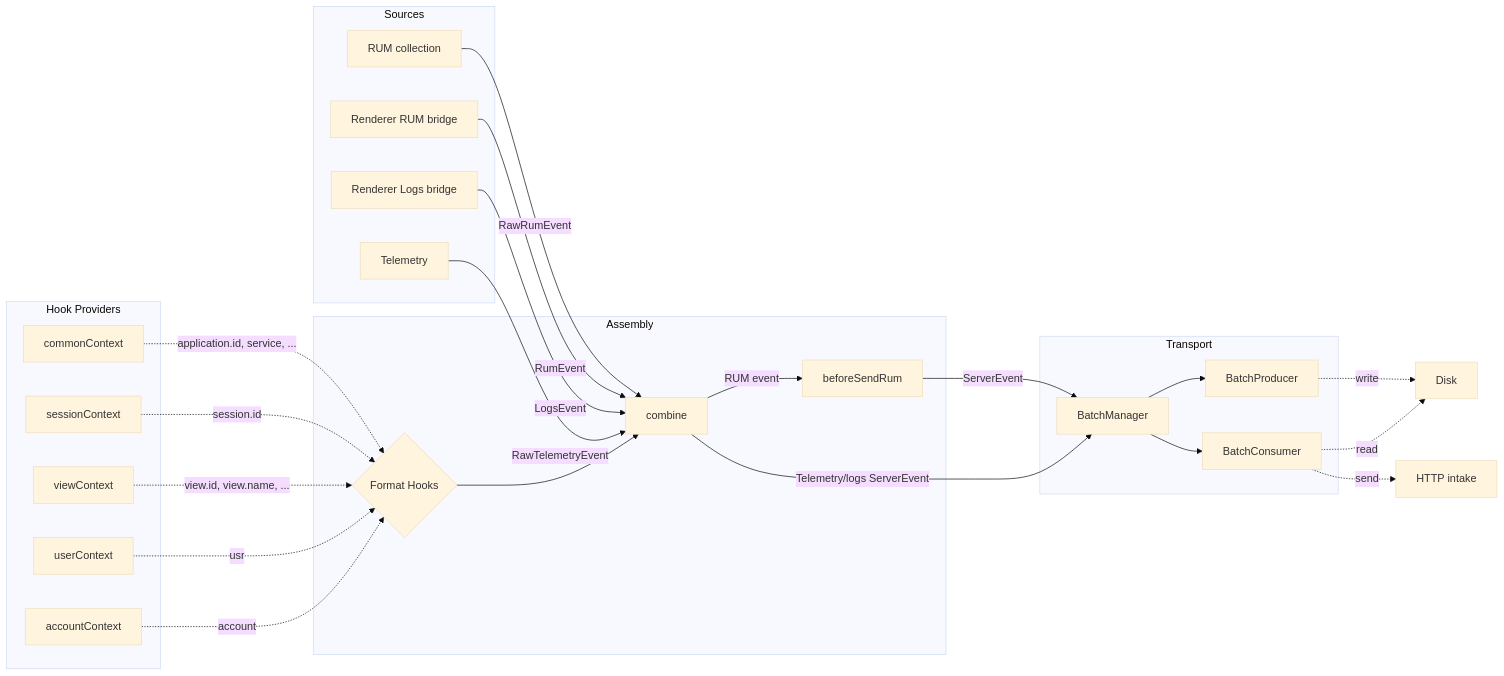
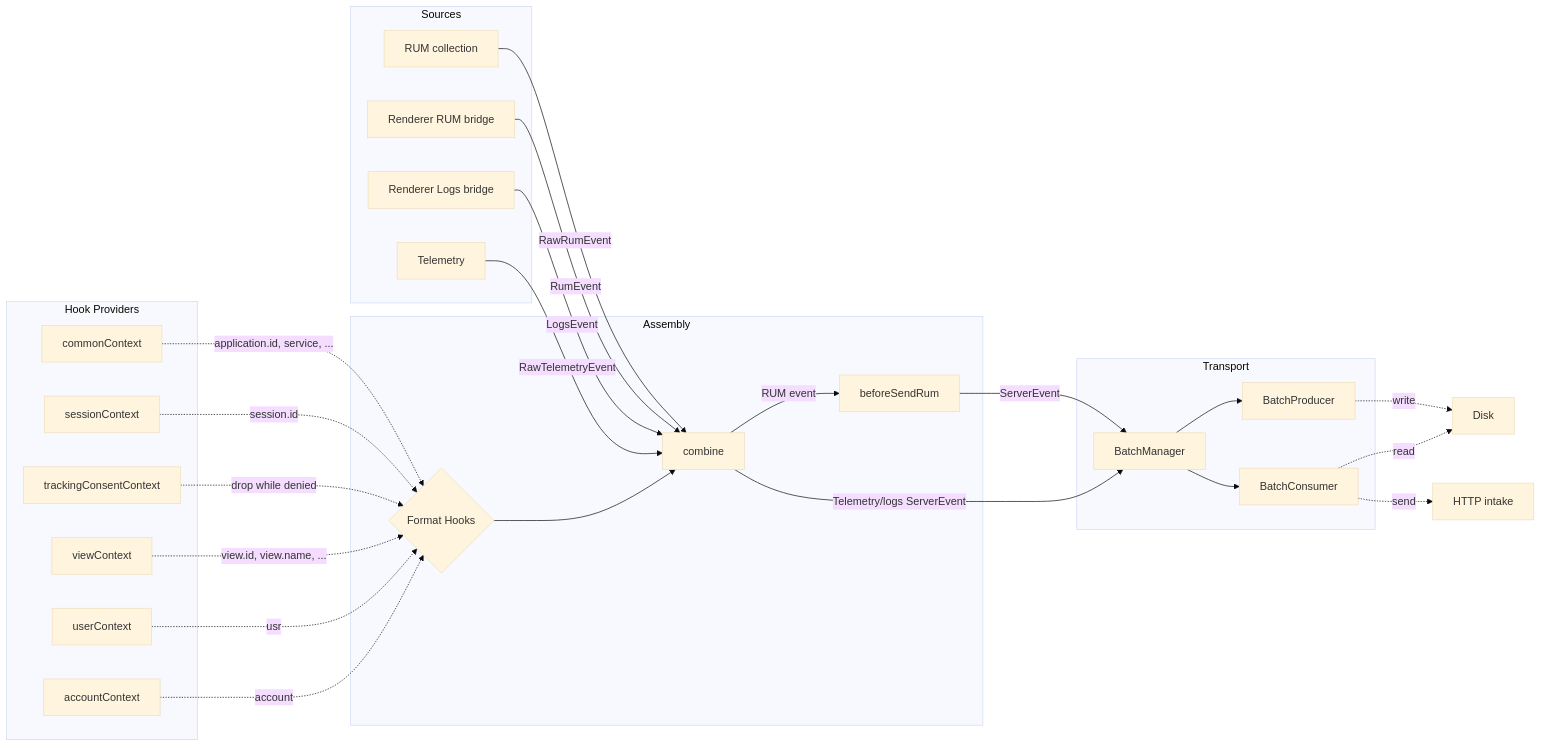
One commit to DataDog/electron-sdk changed the second of 2 diagrams in docs/ARCHITECTURE.md. Above: the diagram before and after it, drawn with Mermaid (base theme). The commit also changed other lines of this file and 1 other file, not shown here.

First line of the commit message:
[RUM-15526] Document tracking consent

````diff
--- a/docs/ARCHITECTURE.md
+++ b/docs/ARCHITECTURE.md
@@ -59,48 +59,50 @@
 ```mermaid
 flowchart LR
     subgraph Sources
         RUM[RUM collection]
         RRUM[Renderer RUM bridge]
         RLOGS[Renderer Logs bridge]
         TEL[Telemetry]
     end
 
     subgraph Assembly
         HOOKS{Format Hooks}
         COMBINE[combine]
         BEFORE_SEND[beforeSendRum]
     end
 
     subgraph "Hook Providers"
         CC[commonContext]
         SC[sessionContext]
+        TC[trackingConsentContext]
         VC[viewContext]
         UC[userContext]
         AC[accountContext]
     end
 
     subgraph Transport
         BM[BatchManager]
         BP[BatchProducer]
         BC[BatchConsumer]
     end
 
     RUM -- RawRumEvent --> COMBINE
     RRUM -- RumEvent --> COMBINE
     RLOGS -- LogsEvent --> COMBINE
     TEL -- RawTelemetryEvent --> COMBINE
     CC -. "application.id, service, ..." .-> HOOKS
     SC -. "session.id" .-> HOOKS
+    TC -. "drop while denied" .-> HOOKS
     VC -. "view.id, view.name, ..." .-> HOOKS
     UC -. "usr" .-> HOOKS
     AC -. "account" .-> HOOKS
     HOOKS --> COMBINE
     COMBINE -- RUM event --> BEFORE_SEND
     BEFORE_SEND -- ServerEvent --> BM
     COMBINE -- Telemetry/logs ServerEvent --> BM
     BM --> BP
     BM --> BC
     BP -. "write" .-> DISK[Disk]
     BC -. "read" .-> DISK[Disk]
     BC -. "send" .-> INT[HTTP intake]
 ```
````
